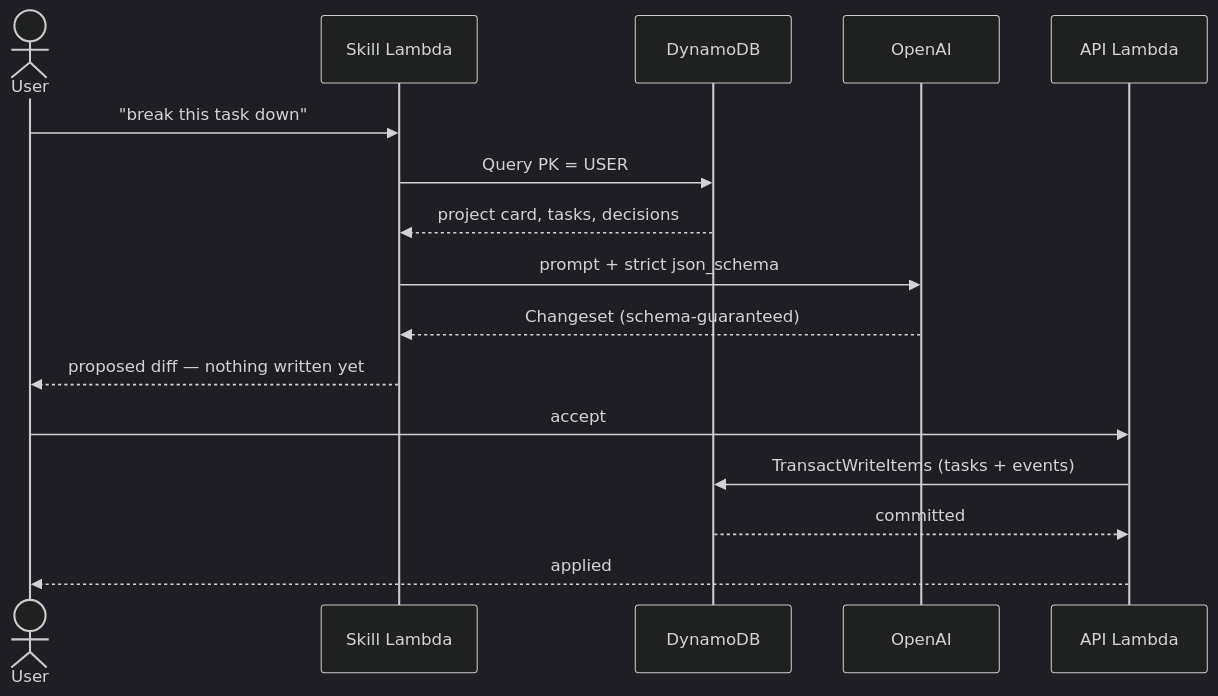
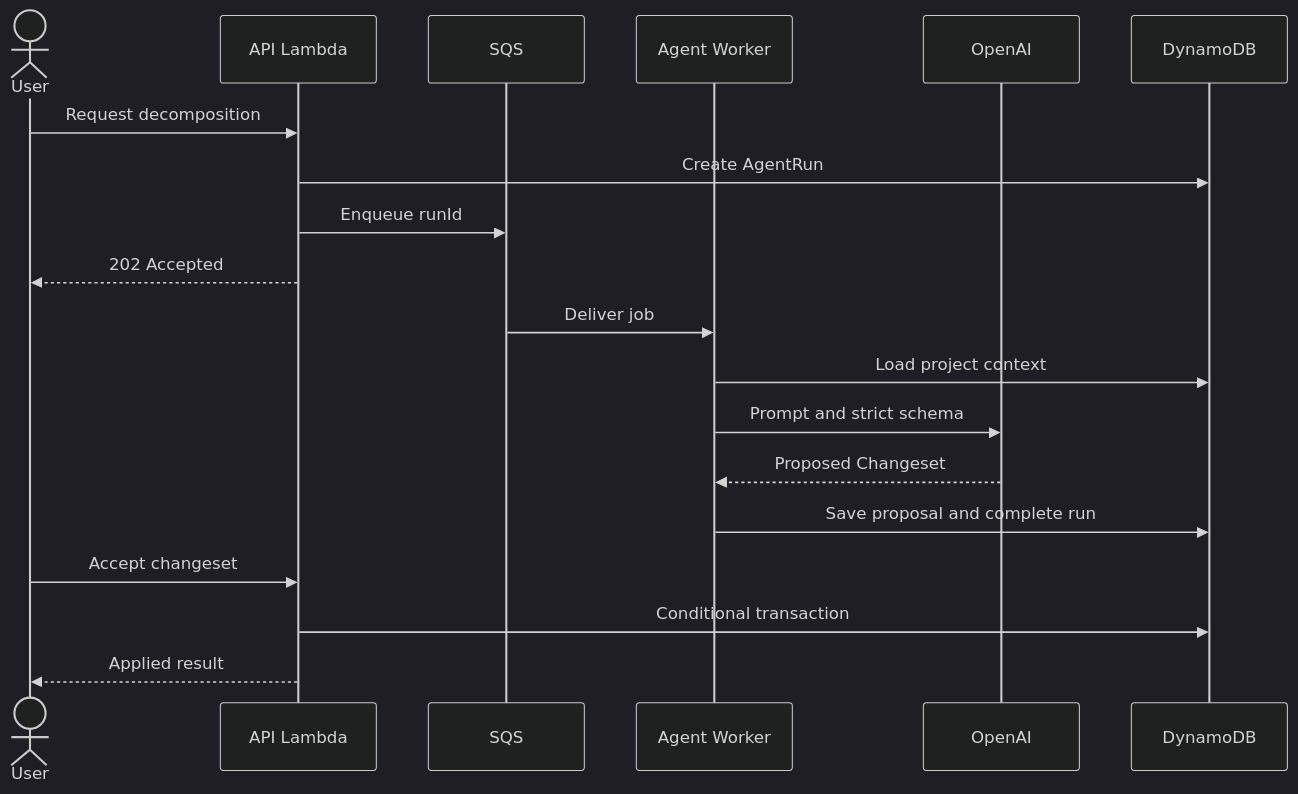
The second of 2 diagrams in architecture.md (esvarez/lucas-assist), drawn with Mermaid (dark theme) before and after one commit. The commit also changed other lines of this file, not shown here.

````diff
--- a/architecture.md
+++ b/architecture.md
@@ -77,20 +51,22 @@
 ```mermaid
 sequenceDiagram
     actor User
-    participant Skill as Skill Lambda
+    participant API as API Lambda
+    participant Queue as SQS
+    participant Worker as Agent Worker
+    participant OAI as OpenAI
     participant DDB as DynamoDB
-    participant OAI as OpenAI
-    participant API as API Lambda
 
-    User->>Skill: "break this task down"
-    Skill->>DDB: Query PK = USER#uid, begins_with P#pid#
-    DDB-->>Skill: project card, tasks, decisions
-    Skill->>OAI: prompt + strict json_schema
-    OAI-->>Skill: Changeset (schema-guaranteed)
-    Skill-->>User: proposed diff — nothing written yet
-
-    User->>API: accept
-    API->>DDB: TransactWriteItems (tasks + events)
-    DDB-->>API: committed
-    API-->>User: applied
+    User->>API: Request decomposition
+    API->>DDB: Create AgentRun
+    API->>Queue: Enqueue runId
+    API-->>User: 202 Accepted
+    Queue->>Worker: Deliver job
+    Worker->>DDB: Load project context
+    Worker->>OAI: Prompt and strict schema
+    OAI-->>Worker: Proposed Changeset
+    Worker->>DDB: Save proposal and complete run
+    User->>API: Accept changeset
+    API->>DDB: Conditional transaction
+    API-->>User: Applied result
 ```
````
